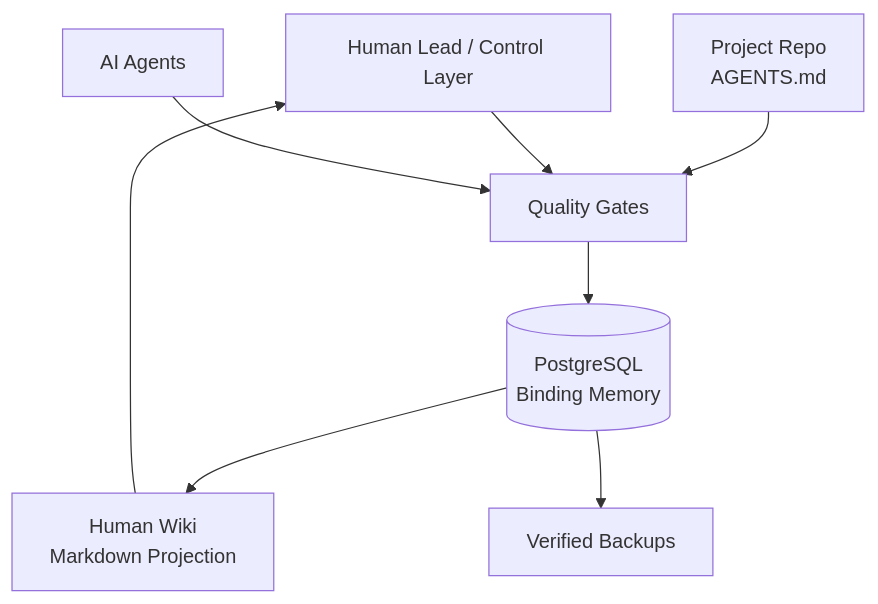
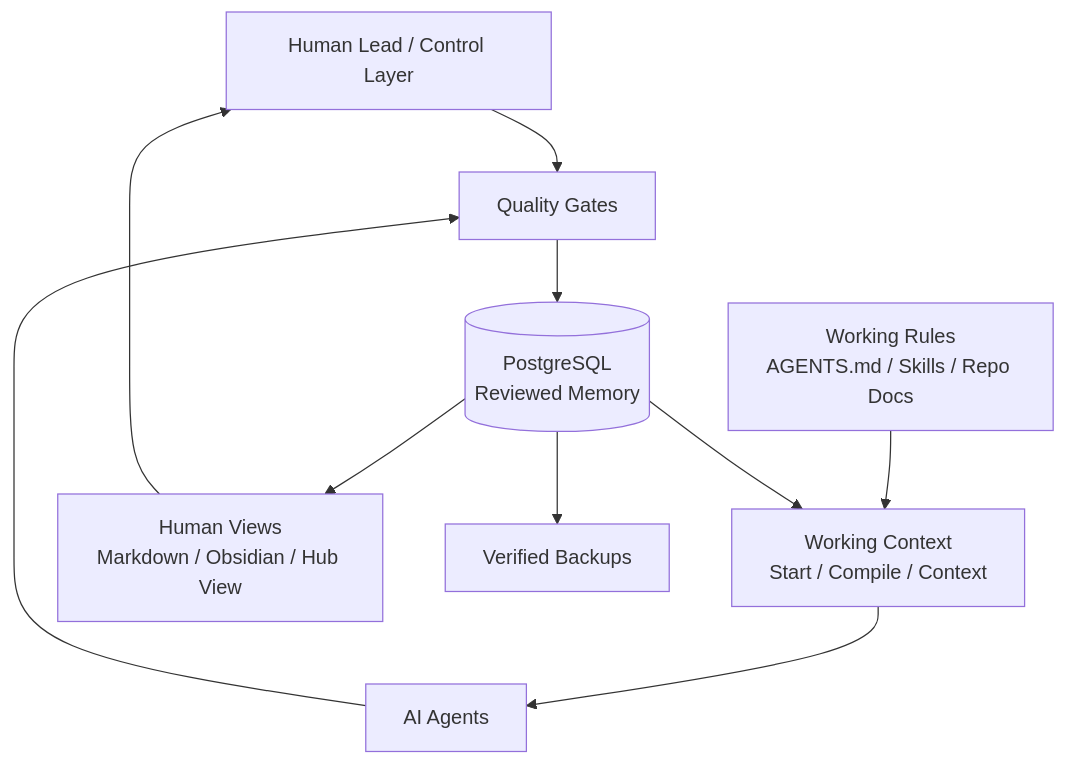
Before and after one commit to AlexanderSmyslowski/central-agent-data-hub: the diagram in docs/public/agent-data-hub-overview.md, drawn with Mermaid. The commit also changed other lines of this file and 8 other files, not shown here.

Commit message:
docs: clarify hub context model

````diff
--- a/docs/public/agent-data-hub-overview.md
+++ b/docs/public/agent-data-hub-overview.md
@@ -44,18 +49,21 @@
 ```mermaid
 flowchart TD
     Human["Human Lead / Control Layer"]
     Agents["AI Agents"]
+    Rules["Working Rules\nAGENTS.md / Skills / Repo Docs"]
+    Context["Working Context\nStart / Compile / Context"]
     Gates["Quality Gates"]
-    DB[("PostgreSQL\nBinding Memory")]
-    Wiki["Human Wiki\nMarkdown Projection"]
+    DB[("PostgreSQL\nReviewed Memory")]
+    Wiki["Human Views\nMarkdown / Obsidian / Hub View"]
     Backup["Verified Backups"]
-    Repo["Project Repo\nAGENTS.md"]
 
-    Repo --> Gates
+    Rules --> Context
+    DB --> Context
+    Context --> Agents
     Human --> Gates
     Agents --> Gates
     Gates --> DB
     DB --> Wiki
     DB --> Backup
     Wiki --> Human
 ```
````
